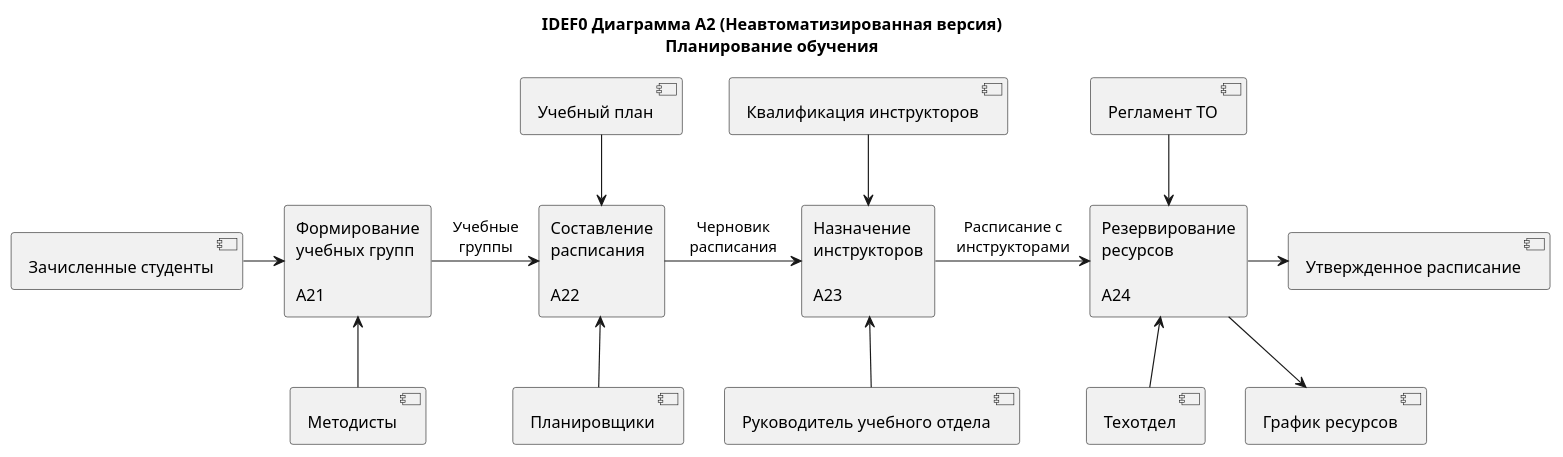
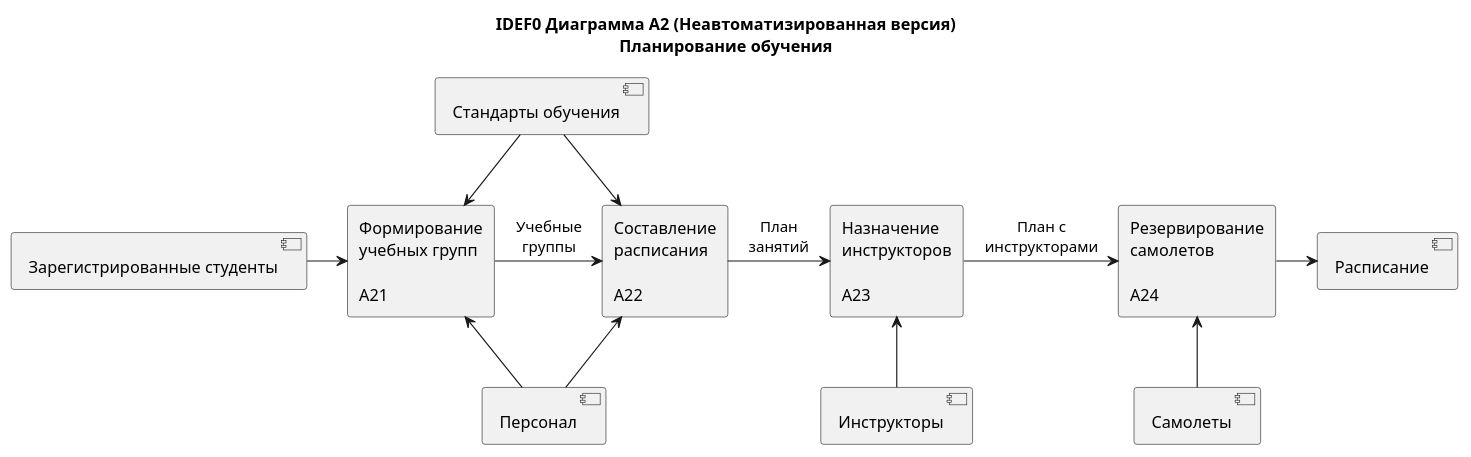
The diagram in diagrams/idef0/non-automated/A2_planning.puml (oINCLUDEo/Coursework2), drawn with PlantUML before and after one commit. The commit also changed 9 other files, not shown here.

Commit message:
Fix IDEF0 consistency: all elements in child diagrams now come from parent level

```diff
--- a/diagrams/idef0/non-automated/A2_planning.puml
+++ b/diagrams/idef0/non-automated/A2_planning.puml
@@ -1,33 +1,31 @@
 @startuml A2 Планирование обучения (Неавтоматизированная)
 
 title IDEF0 Диаграмма A2 (Неавтоматизированная версия)\nПланирование обучения
 
 rectangle "Формирование\nучебных групп\n\nA21" as A21
 rectangle "Составление\nрасписания\n\nA22" as A22
 rectangle "Назначение\nинструкторов\n\nA23" as A23
-rectangle "Резервирование\nресурсов\n\nA24" as A24
+rectangle "Резервирование\nсамолетов\n\nA24" as A24
 
-' Входы - максимум 3
-[Зачисленные студенты] -right-> A21
+' Входы - внутренний поток от A1
+[Зарегистрированные студенты] -right-> A21
 
 ' Потоки между процессами
 A21 -right-> A22 : Учебные\nгруппы
-A22 -right-> A23 : Черновик\nрасписания
-A23 -right-> A24 : Расписание с\nинструкторами
+A22 -right-> A23 : План\nзанятий
+A23 -right-> A24 : План с\nинструкторами
 
-' Управление - максимум 4
-[Учебный план] -down-> A22
-[Квалификация инструкторов] -down-> A23
-[Регламент ТО] -down-> A24
+' Управление - те же что в A0 для процесса A2
+[Стандарты обучения] -down-> A21
+[Стандарты обучения] -down-> A22
 
-' Выходы - максимум 4
-A24 -right-> [Утвержденное расписание]
-A24 -down-> [График ресурсов]
+' Выходы - внутренний поток к A3
+A24 -right-> [Расписание]
 
-' Механизмы - максимум 5
-[Методисты] -up-> A21
-[Планировщики] -up-> A22
-[Руководитель учебного отдела] -up-> A23
-[Техотдел] -up-> A24
+' Механизмы - те же что в A0 для процесса A2
+[Персонал] -up-> A21
+[Персонал] -up-> A22
+[Инструкторы] -up-> A23
+[Самолеты] -up-> A24
 
 @enduml
```
